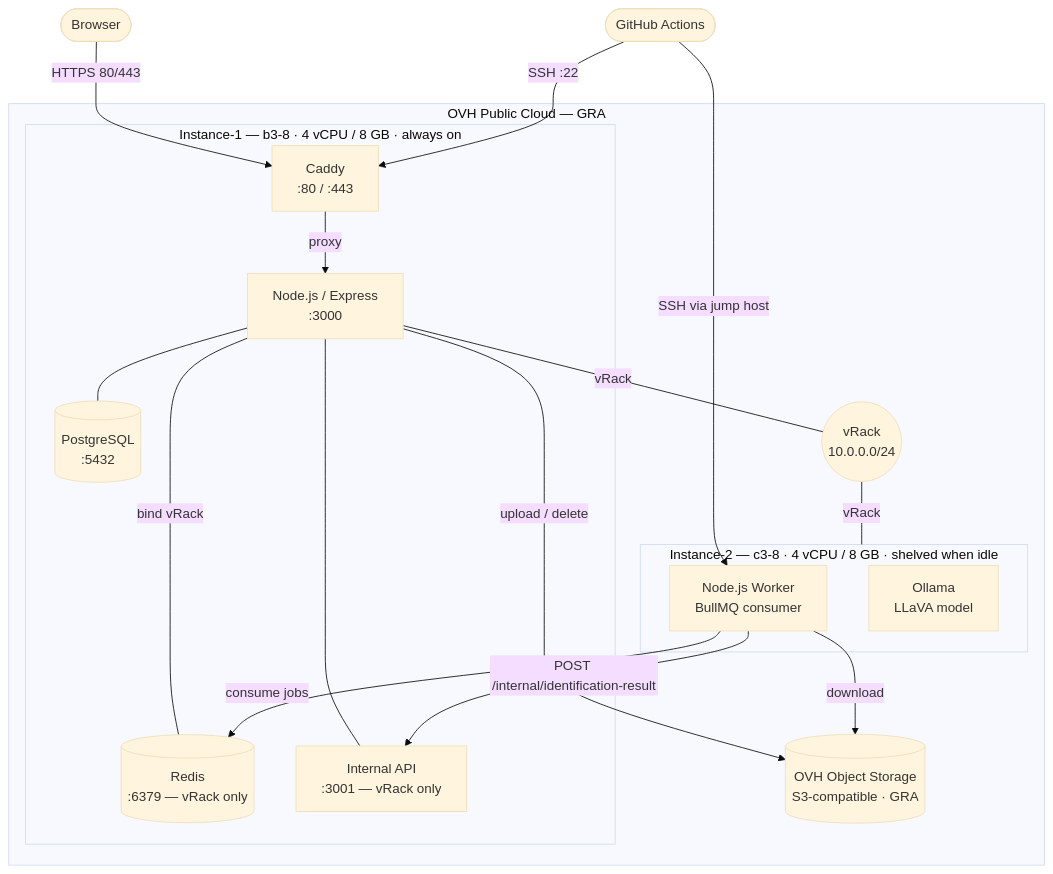
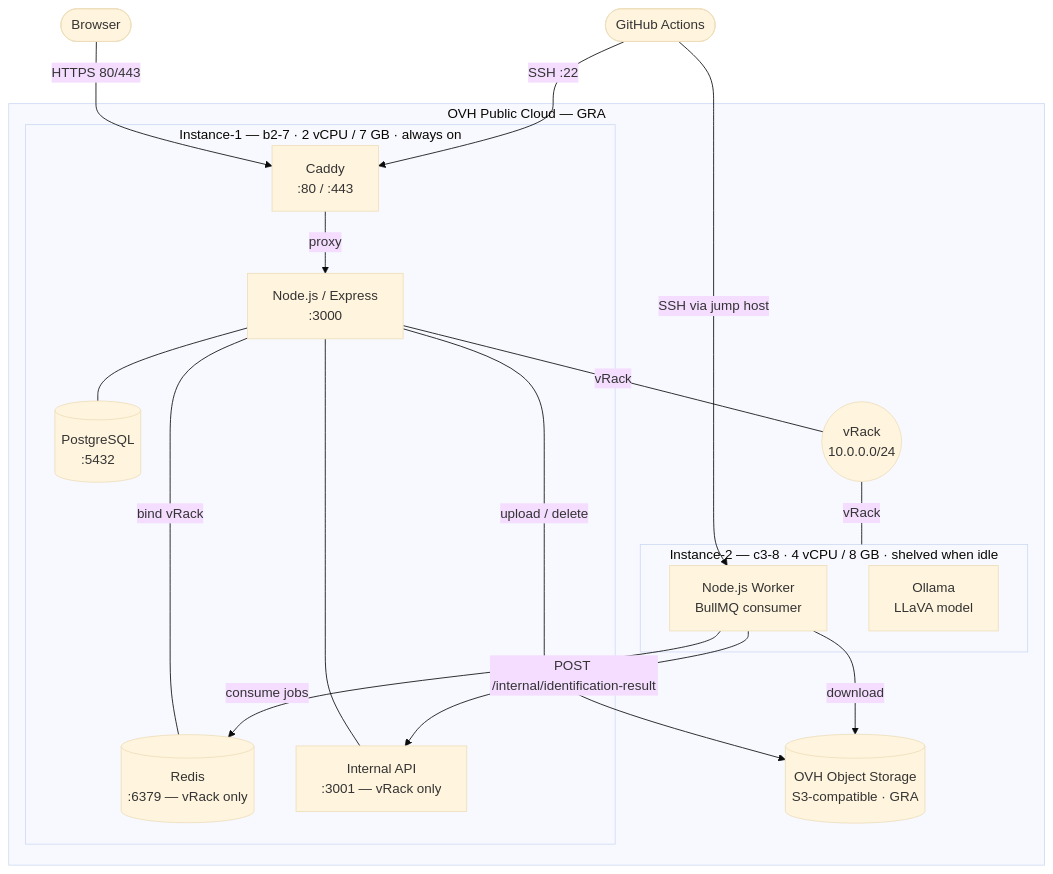
The first of 3 diagrams in docs/architecture-v4.md (gagabzh/sitePhoto), drawn with Mermaid (base theme) before and after one commit. The commit also changed 2 other files, not shown here.

Commit message:
infra(INF-1): downsize Instance-1 flavor from b3-8 to b2-7
Reduces Instance-1 from 4 vCPU / 8 GB (b3-8) to 2 vCPU / 7 GB (b2-7)
to lower running costs. Operator must run terraform apply and verify
all containers are healthy post-resize (see PR description for runbook).

````diff
--- a/docs/architecture-v4.md
+++ b/docs/architecture-v4.md
@@ -9,42 +9,42 @@
 ```mermaid
 graph TB
     Browser([Browser])
     GHA([GitHub Actions])
 
     subgraph OVH["OVH Public Cloud — GRA"]
-        subgraph I1["Instance-1 — b3-8 · 4 vCPU / 8 GB · always on"]
+        subgraph I1["Instance-1 — b2-7 · 2 vCPU / 7 GB · always on"]
             Caddy["Caddy\n:80 / :443"]
             App["Node.js / Express\n:3000"]
             PG[("PostgreSQL\n:5432")]
             Redis[("Redis\n:6379 — vRack only")]
             IntAPI["Internal API\n:3001 — vRack only"]
         end
 
         vRack(("vRack\n10.0.0.0/24"))
 
         subgraph I2["Instance-2 — c3-8 · 4 vCPU / 8 GB · shelved when idle"]
             Worker["Node.js Worker\nBullMQ consumer"]
             Ollama["Ollama\nLLaVA model"]
         end
 
         S3[("OVH Object Storage\nS3-compatible · GRA")]
     end
 
     Browser -- "HTTPS 80/443" --> Caddy
     Caddy -- "proxy" --> App
     App --- PG
     App -- "bind vRack" --- Redis
     App --- IntAPI
 
     App -- "vRack" --- vRack
     vRack -- "vRack" --- I2
 
     App -- "upload / delete" --> S3
     Worker -- "download" --> S3
 
     Worker -- "consume jobs" --> Redis
     Worker -- "POST /internal/identification-result" --> IntAPI
 
     GHA -- "SSH :22" --> Caddy
     GHA -- "SSH via jump host" --> Worker
 ```
````
